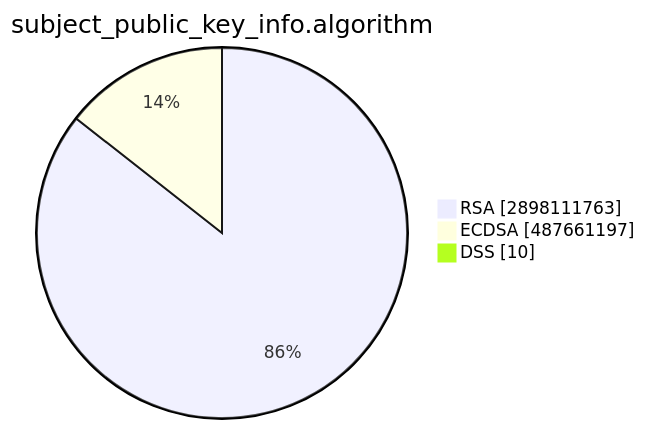
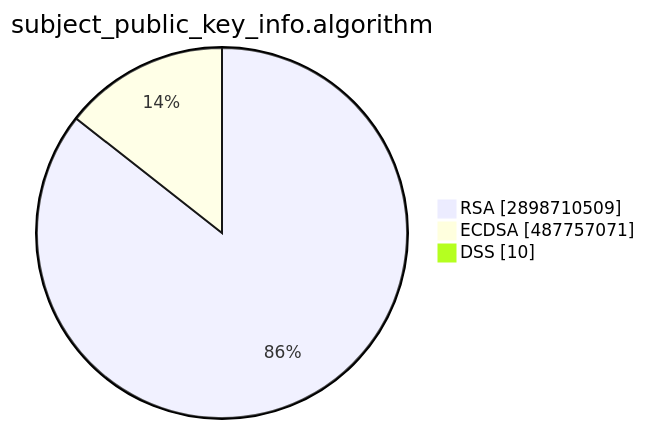
Before and after one commit to christiankrug/ctmonitor_visualization: the second of 15 diagrams in TOTAL/README.md, drawn with Mermaid. The commit also changed other lines of this file, not shown here.

````diff
--- a/TOTAL/README.md
+++ b/TOTAL/README.md
@@ -6,7 +6,7 @@
 ```mermaid
 pie showData
 title subject_public_key_info.algorithm
-"RSA" :2898111763
-"ECDSA" :487661197
+"RSA" :2898710509
+"ECDSA" :487757071
 "DSS" :10
 ```
````
